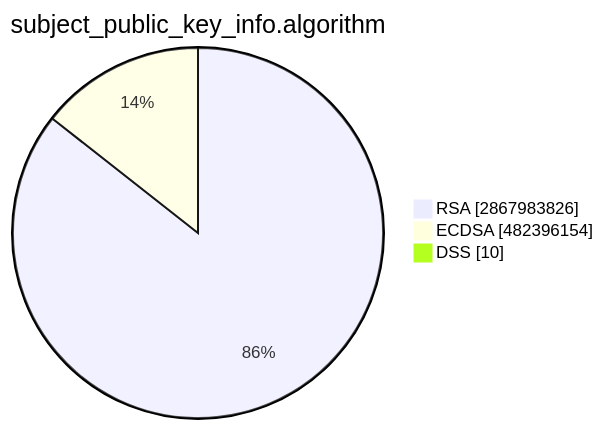
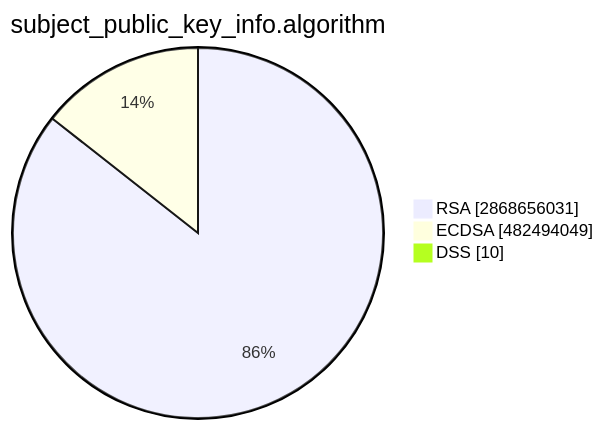
Before and after one commit to christiankrug/ctmonitor_visualization: the second of 15 diagrams in TOTAL/README.md, drawn with Mermaid. The commit also changed other lines of this file, not shown here.

````diff
--- a/TOTAL/README.md
+++ b/TOTAL/README.md
@@ -6,7 +6,7 @@
 ```mermaid
 pie showData
 title subject_public_key_info.algorithm
-"RSA" :2867983826
-"ECDSA" :482396154
+"RSA" :2868656031
+"ECDSA" :482494049
 "DSS" :10
 ```
````
